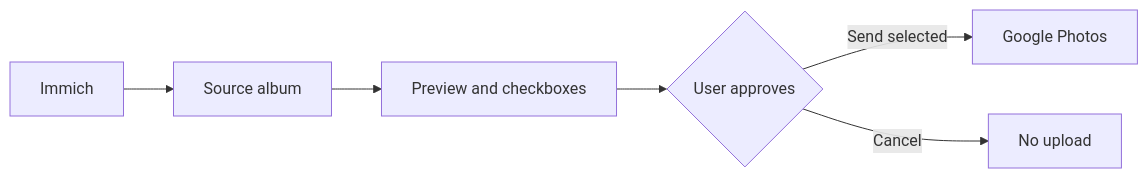
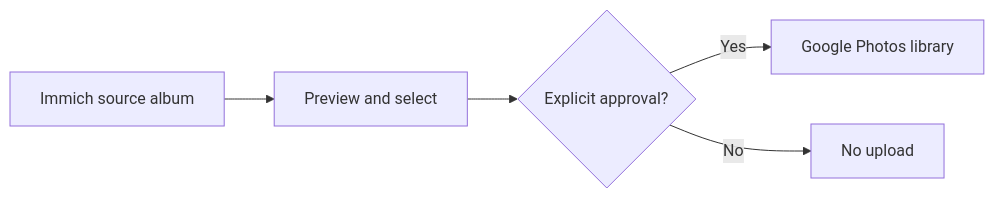
The diagram in README.md (sp7uto/immich-google-photos-sync), drawn with Mermaid before and after one commit. The commit also changed other lines of this file, not shown here.

````diff
--- a/README.md
+++ b/README.md
@@ -21,8 +20,7 @@
 ```mermaid
 flowchart LR
-    A[Immich] --> B[Source album]
-    B --> C[Preview and checkboxes]
-    C --> D{User approves}
-    D -->|Send selected| E[Google Photos]
-    D -->|Cancel| F[No upload]
+ A[Immich source album] --> B[Preview and select]
+ B --> C{Explicit approval?}
+ C -->|Yes| D[Google Photos library]
+ C -->|No| E[No upload]
 ```
````
